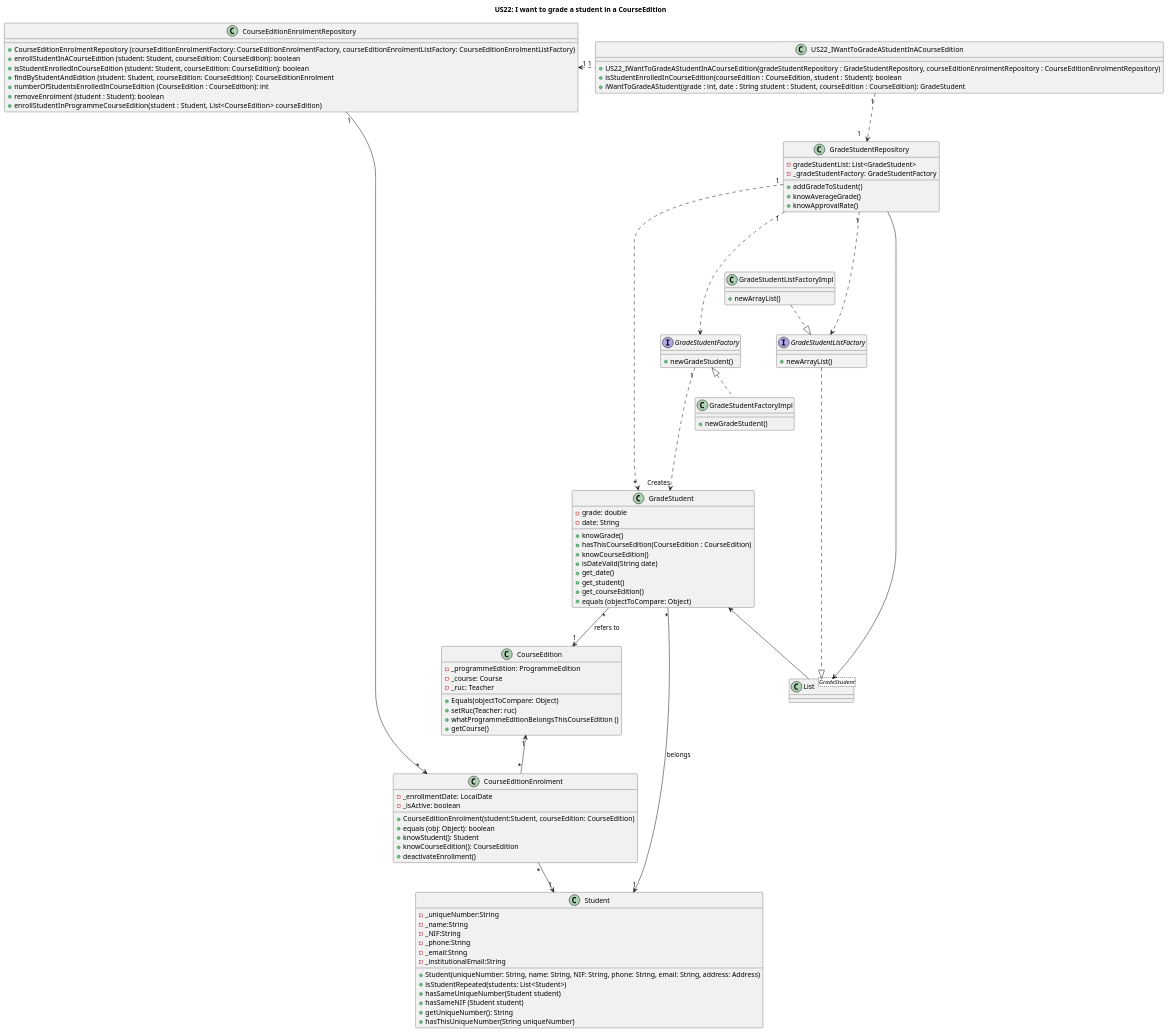
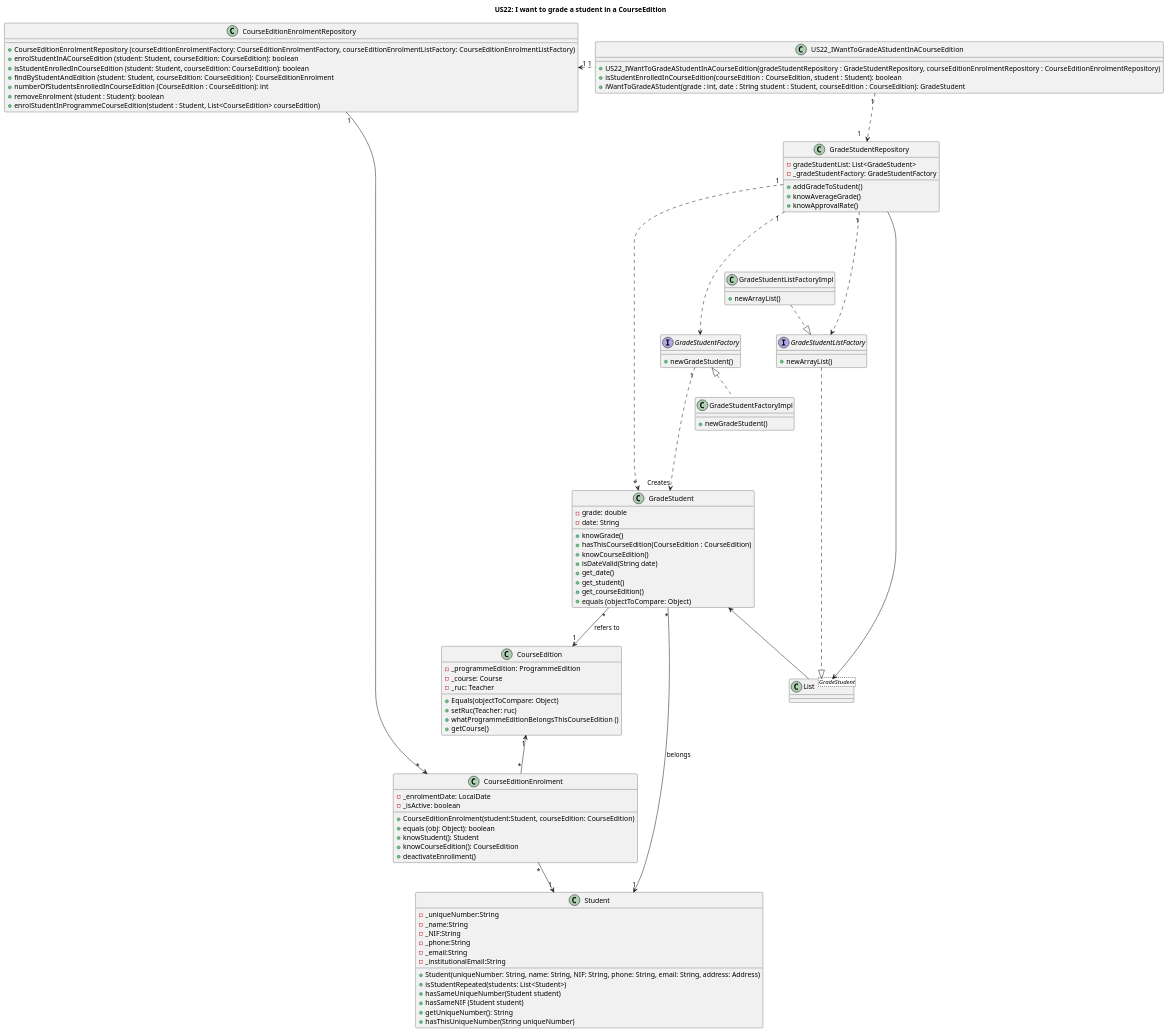
The diagram in docs/US22/US22_GradeAStudentInACourseEdition_ClassDiagram.puml (GasparISEP/DevOps-PAI), drawn with PlantUML before and after one commit. The commit also changed 9 other files, not shown here.

Commit message:
New refactoring to Enrol and Enrolment

```diff
--- a/docs/US22/US22_GradeAStudentInACourseEdition_ClassDiagram.puml
+++ b/docs/US22/US22_GradeAStudentInACourseEdition_ClassDiagram.puml
@@ -1,121 +1,121 @@
 @startuml
 title US22: I want to grade a student in a CourseEdition
 'left to right direction
 
 class US22_IWantToGradeAStudentInACourseEdition {
     +US22_IWantToGradeAStudentInACourseEdition(gradeStudentRepository : GradeStudentRepository, courseEditionEnrolmentRepository : CourseEditionEnrolmentRepository)
     +isStudentEnrolledInCourseEdition(courseEdition : CourseEdition, student : Student): boolean
     +iWantToGradeAStudent(grade : int, date : String student : Student, courseEdition : CourseEdition): GradeStudent
 
 }
 
 class CourseEditionEnrolmentRepository {
     +CourseEditionEnrolmentRepository (courseEditionEnrolmentFactory: CourseEditionEnrolmentFactory, courseEditionEnrolmentListFactory: CourseEditionEnrolmentListFactory)
-    +enrollStudentInACourseEdition (student: Student, courseEdition: CourseEdition): boolean
+    +enrolStudentInACourseEdition (student: Student, courseEdition: CourseEdition): boolean
     +isStudentEnrolledInCourseEdition (student: Student, courseEdition: CourseEdition): boolean
     +findByStudentAndEdition (student: Student, courseEdition: CourseEdition): CourseEditionEnrolment
     +numberOfStudentsEnrolledInCourseEdition (CourseEdition : CourseEdition): int
     +removeEnrolment (student : Student): boolean
-    +enrollStudentInProgrammeCourseEdition(student : Student, List<CourseEdition> courseEdition)
+    +enrolStudentInProgrammeCourseEdition(student : Student, List<CourseEdition> courseEdition)
 }
 
 class CourseEditionEnrolment {
-    -_enrollmentDate: LocalDate
+    -_enrolmentDate: LocalDate
     - _isActive: boolean
     +CourseEditionEnrolment(student:Student, courseEdition: CourseEdition)
     +equals (obj: Object): boolean
     +knowStudent(): Student
     +knowCourseEdition(): CourseEdition
     +deactivateEnrollment()
 }
 
 
 class List<GradeStudent> {
 
 }
 
 class GradeStudent {
     -grade: double
     -date: String
     +knowGrade()
     +hasThisCourseEdition(CourseEdition : CourseEdition)
     +knowCourseEdition()
     +isDateValid(String date)
     +get_date()
     +get_student()
     +get_courseEdition()
     +equals (objectToCompare: Object)
 }
 
 class GradeStudentRepository {
     -gradeStudentList: List<GradeStudent>
     - _gradeStudentFactory: GradeStudentFactory
     +addGradeToStudent()
     +knowAverageGrade()
     +knowApprovalRate()
 }
 
 interface GradeStudentFactory {
     +newGradeStudent()
 }
 
 interface GradeStudentListFactory {
     +newArrayList()
 }
 
 class GradeStudentListFactoryImpl {
     +newArrayList()
 }
 
 class GradeStudentFactoryImpl {
     +newGradeStudent()
 }
 
 class Student {
     -_uniqueNumber:String
     -_name:String
     -_NIF:String
     -_phone:String
     -_email:String
     -_institutionalEmail:String
     +Student(uniqueNumber: String, name: String, NIF: String, phone: String, email: String, address: Address)
     +isStudentRepeated(students: List<Student>)
     +hasSameUniqueNumber(Student student)
     +hasSameNIF (Student student)
     +getUniqueNumber(): String
     +hasThisUniqueNumber(String uniqueNumber)
 }
 
 class CourseEdition {
     -_programmeEdition: ProgrammeEdition
     -_course: Course
     -_ruc: Teacher
     +Equals(objectToCompare: Object)
     +setRuc(Teacher: ruc)
     +whatProgrammeEditionBelongsThisCourseEdition ()
     +getCourse()
 }
 
 
 GradeStudent "*" --> "1" Student: belongs
 GradeStudent "*" --> "1" CourseEdition: refers to
 GradeStudentRepository "1" ....> GradeStudentFactory
 GradeStudentFactory "1" ....> "Creates" GradeStudent
 GradeStudentRepository "1" ....>  GradeStudentListFactory
 GradeStudentListFactoryImpl ..|>  GradeStudentListFactory
 GradeStudentFactory  <|..  GradeStudentFactoryImpl
 GradeStudentListFactory ..|> List
 GradeStudent <-- List
 List <-- GradeStudentRepository
 CourseEditionEnrolmentRepository "1" --> "*" CourseEditionEnrolment
 CourseEditionEnrolment "*" --> "1" Student
 CourseEditionEnrolment "*" -up-> "1" CourseEdition
 
 
 GradeStudentRepository "1" ....> "*" GradeStudent
 
 
 US22_IWantToGradeAStudentInACourseEdition "1" ..left..> "1    " CourseEditionEnrolmentRepository
 US22_IWantToGradeAStudentInACourseEdition "1" ..> "1    " GradeStudentRepository
 
 @enduml
```
